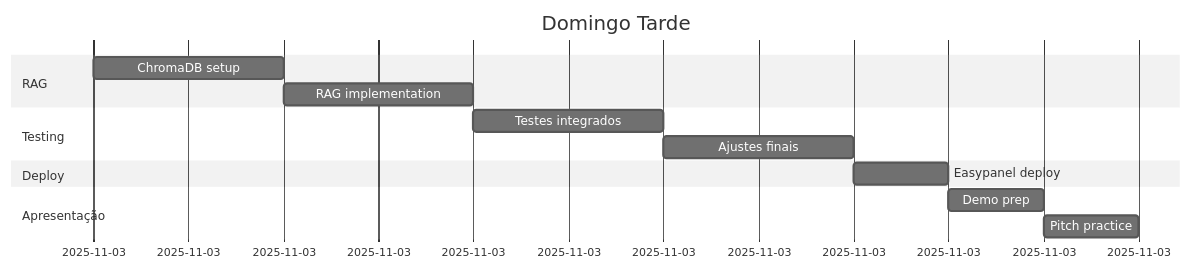
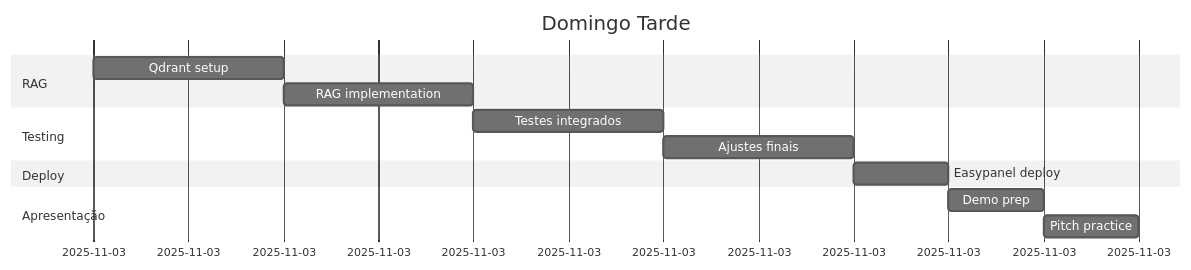
The sixth of 6 diagrams in README.md (GuiiCorreia/Bootcamp_Akcit), drawn with Mermaid (neutral theme) before and after one commit. The commit also changed other lines of this file, not shown here.

````diff
--- a/README.md
+++ b/README.md
@@ -322,16 +322,16 @@
 ```mermaid
 gantt
     title Domingo Tarde
     dateFormat HH:mm
     section RAG
-    ChromaDB setup      :14:00, 1h
+    Qdrant setup      :14:00, 1h
     RAG implementation  :15:00, 1h
     section Testing
     Testes integrados   :16:00, 1h
     Ajustes finais      :17:00, 1h
     section Deploy
     Easypanel deploy    :18:00, 30m
     section Apresentação
     Demo prep           :18:30, 30m
     Pitch practice      :19:00, 30m
 ```
````
